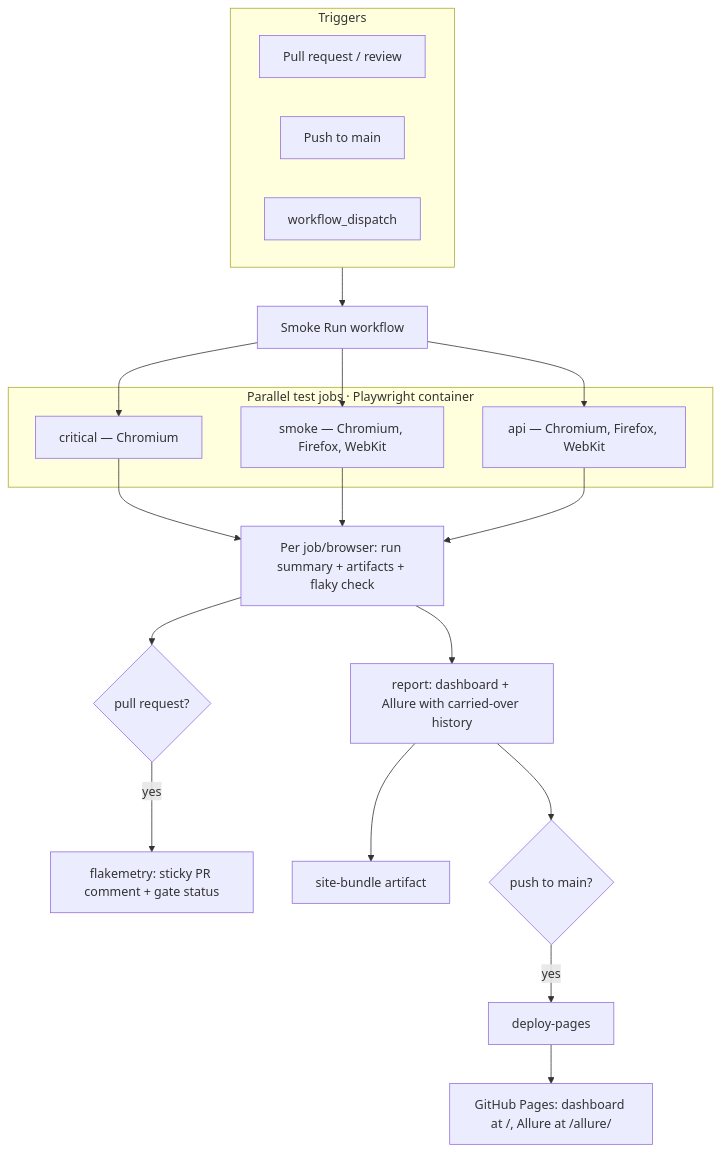
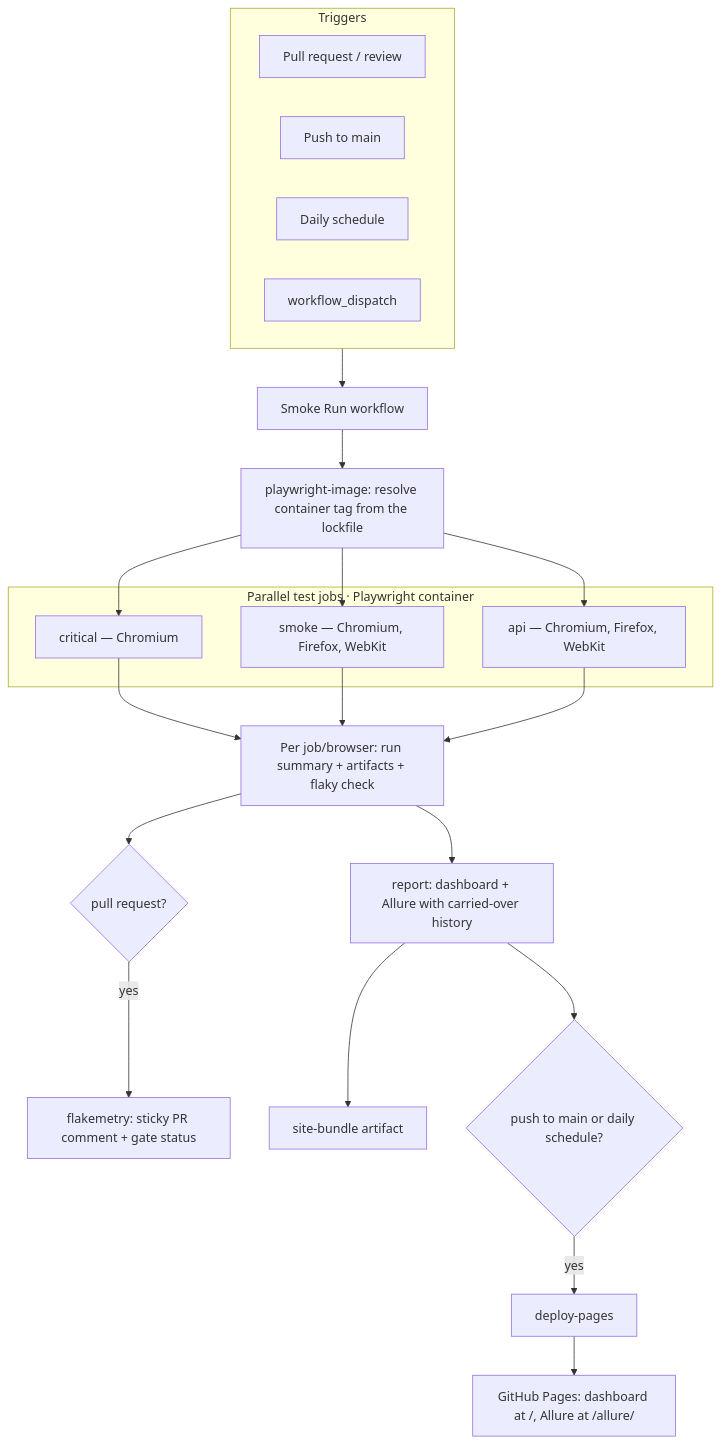
Before and after one commit to AKogut/playwright-ecommerce-framework: the diagram in docs/ci-pipeline.md, drawn with Mermaid. The commit also changed other lines of this file and 3 other files, not shown here.

First line of the commit message:
docs: document the resolved container image, pinned actions, Dependabot, and daily rebuild

````diff
--- a/docs/ci-pipeline.md
+++ b/docs/ci-pipeline.md
@@ -13,33 +13,35 @@
 ```mermaid
 flowchart TD
     subgraph triggers [Triggers]
         PR[Pull request / review]
         MAIN[Push to main]
+        DAILY[Daily schedule]
         WD[workflow_dispatch]
     end
 
     triggers --> SR[Smoke Run workflow]
+    SR --> IMG[playwright-image: resolve container tag from the lockfile]
 
     subgraph parallel [Parallel test jobs · Playwright container]
         C[critical — Chromium]
         S[smoke — Chromium, Firefox, WebKit]
         A[api — Chromium, Firefox, WebKit]
     end
 
-    SR --> C
-    SR --> S
-    SR --> A
+    IMG --> C
+    IMG --> S
+    IMG --> A
 
     C --> ART[Per job/browser: run summary + artifacts + flaky check]
     S --> ART
     A --> ART
 
     ART --> FM{pull request?}
     FM -->|yes| INSIGHT[flakemetry: sticky PR comment + gate status]
 
     ART --> REPORT[report: dashboard + Allure with carried-over history]
     REPORT --> BUNDLE[site-bundle artifact]
-    REPORT --> PAGES{push to main?}
+    REPORT --> PAGES{push to main or daily schedule?}
     PAGES -->|yes| DEPLOY[deploy-pages]
     DEPLOY --> LIVE["GitHub Pages: dashboard at /, Allure at /allure/"]
 ```
````
